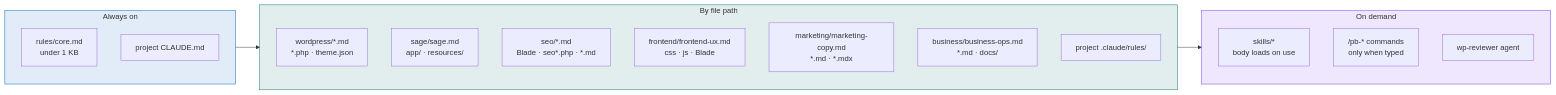
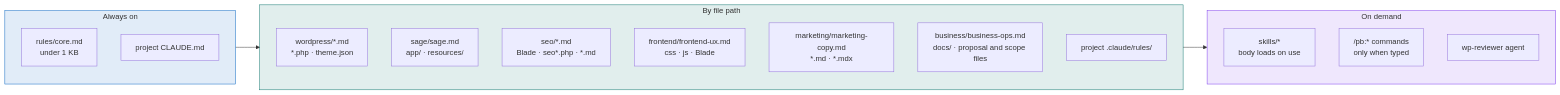
One commit to matthummel-pa/ai-dev-standards-playbook changed the third of 3 diagrams in README.md. Above: the diagram before and after it, drawn with Mermaid. The commit also changed other lines of this file and 38 other files, not shown here.

````diff
--- a/README.md
+++ b/README.md
@@ -191,25 +175,25 @@
 ```mermaid
 flowchart LR
   subgraph always["Always on"]
     core["rules/core.md<br/>under 1 KB"]
     claude["project CLAUDE.md"]
   end
   subgraph path["By file path"]
     wp["wordpress/*.md<br/>*.php · theme.json"]
     sage["sage/sage.md<br/>app/ · resources/"]
     seo["seo/*.md<br/>Blade · seo*.php · *.md"]
     fe["frontend/frontend-ux.md<br/>css · js · Blade"]
     mk["marketing/marketing-copy.md<br/>*.md · *.mdx"]
-    biz["business/business-ops.md<br/>*.md · docs/"]
+    biz["business/business-ops.md<br/>docs/ · proposal and scope files"]
     proj["project .claude/rules/"]
   end
   subgraph demand["On demand"]
     skills["skills/*<br/>body loads on use"]
-    cmds["/pb-* commands<br/>only when typed"]
+    cmds["/pb:* commands<br/>only when typed"]
     agent["wp-reviewer agent"]
   end
   always --> path --> demand
   style always fill:#0a66c2,fill-opacity:0.12,stroke:#0a66c2
   style path fill:#0f766e,fill-opacity:0.12,stroke:#0f766e
   style demand fill:#7c3aed,fill-opacity:0.12,stroke:#7c3aed
 ```
````
